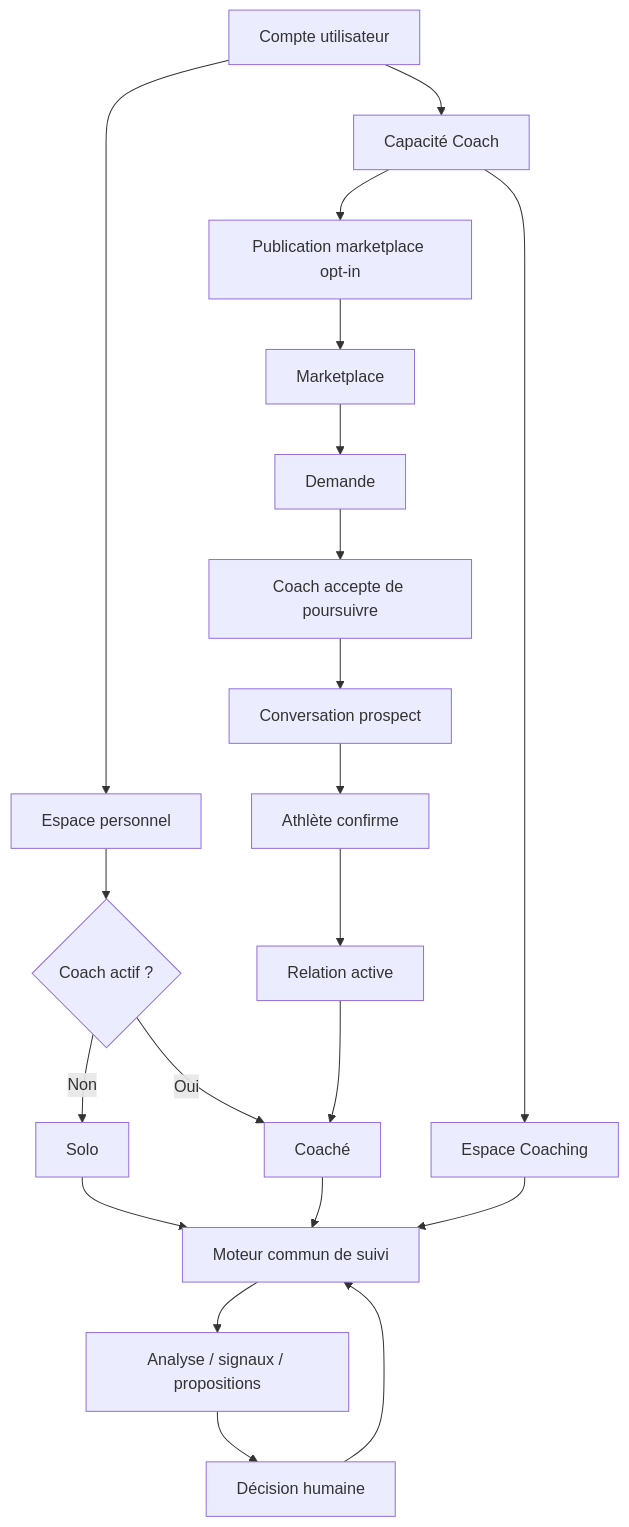
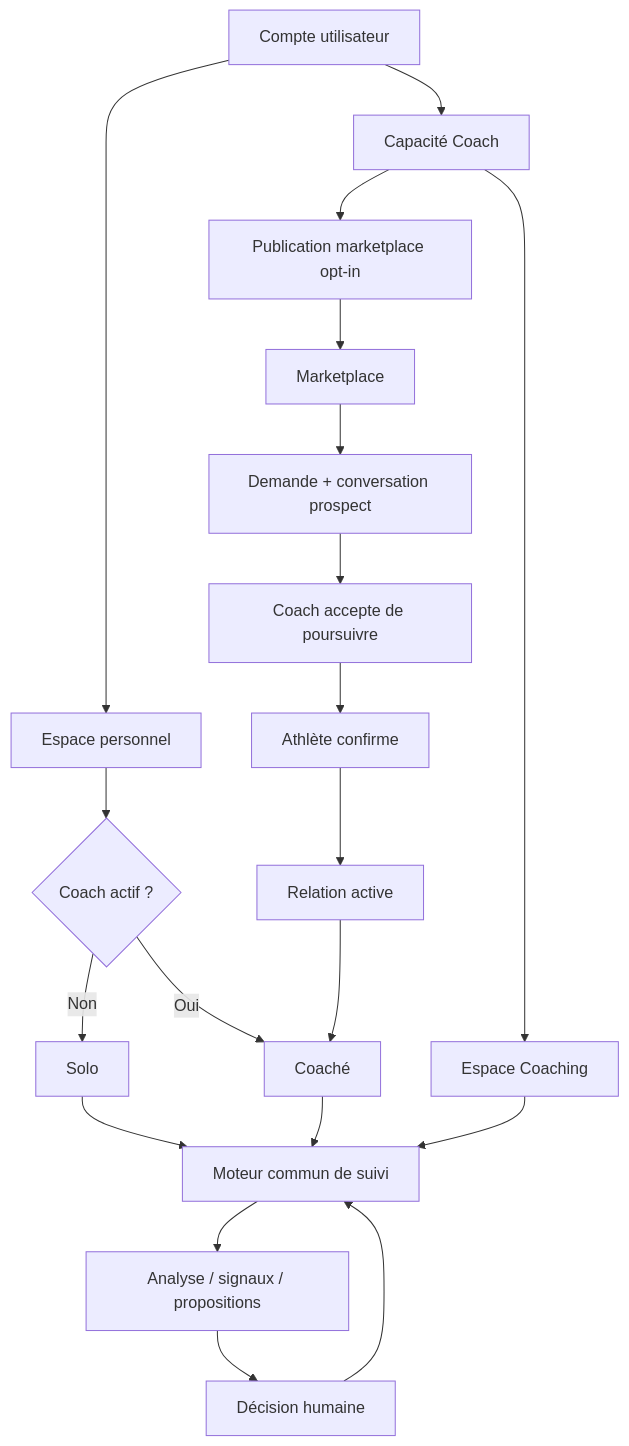
The first of 5 diagrams in docs/CARTE_PRODUIT.md (Jayvy2002/prometheus-tracker-app), drawn with Mermaid before and after one commit. The commit also changed other lines of this file and 26 other files, not shown here.

````diff
--- a/docs/CARTE_PRODUIT.md
+++ b/docs/CARTE_PRODUIT.md
@@ -15,23 +15,22 @@
 ```mermaid
 flowchart TD
   A[Compte utilisateur] --> B[Espace personnel]
   A --> C[Capacité Coach]
   B --> D{Coach actif ?}
   D -->|Non| E[Solo]
   D -->|Oui| F[Coaché]
   C --> G[Espace Coaching]
   C --> H[Publication marketplace opt-in]
   E --> I[Moteur commun de suivi]
   F --> I
   G --> I
   H --> J[Marketplace]
-  J --> K[Demande]
+  J --> K[Demande + conversation prospect]
   K --> L[Coach accepte de poursuivre]
-  L --> M[Conversation prospect]
-  M --> N[Athlète confirme]
+  L --> N[Athlète confirme]
   N --> O[Relation active]
   O --> F
   I --> P[Analyse / signaux / propositions]
   P --> Q[Décision humaine]
   Q --> I
 ```
````
